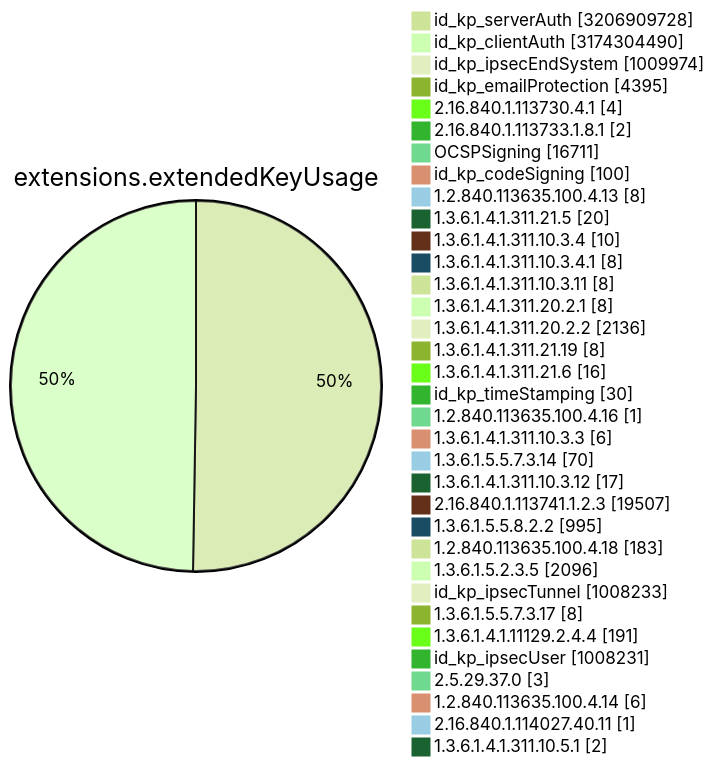
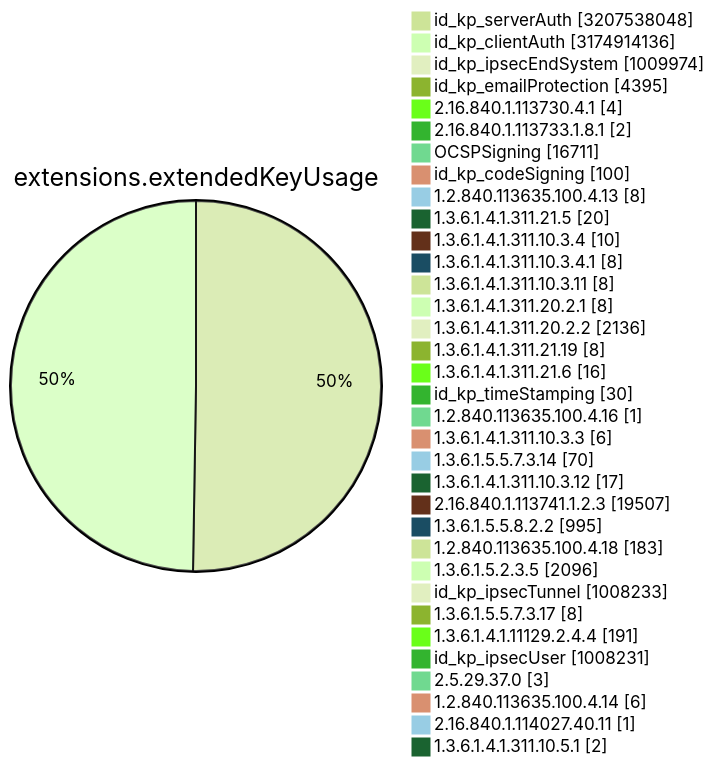
Before and after one commit to christiankrug/ctmonitor_visualization: diagram 11 of 15 in TOTAL/README.md, drawn with Mermaid (forest theme). The commit also changed other lines of this file, not shown here.

````diff
--- a/TOTAL/README.md
+++ b/TOTAL/README.md
@@ -4119,38 +4119,38 @@
 ```mermaid
 pie showData
 title extensions.extendedKeyUsage
-"id_kp_serverAuth" :3206909728
-"id_kp_clientAuth" :3174304490
+"id_kp_serverAuth" :3207538048
+"id_kp_clientAuth" :3174914136
 "id_kp_ipsecEndSystem" :1009974
 "id_kp_emailProtection" :4395
 "2.16.840.1.113730.4.1" :4
 "2.16.840.1.113733.1.8.1" :2
 "OCSPSigning" :16711
 "id_kp_codeSigning" :100
 "1.2.840.113635.100.4.13" :8
 "1.3.6.1.4.1.311.21.5" :20
 "1.3.6.1.4.1.311.10.3.4" :10
 "1.3.6.1.4.1.311.10.3.4.1" :8
 "1.3.6.1.4.1.311.10.3.11" :8
 "1.3.6.1.4.1.311.20.2.1" :8
 "1.3.6.1.4.1.311.20.2.2" :2136
 "1.3.6.1.4.1.311.21.19" :8
 "1.3.6.1.4.1.311.21.6" :16
 "id_kp_timeStamping" :30
 "1.2.840.113635.100.4.16" :1
 "1.3.6.1.4.1.311.10.3.3" :6
 "1.3.6.1.5.5.7.3.14" :70
 "1.3.6.1.4.1.311.10.3.12" :17
 "2.16.840.1.113741.1.2.3" :19507
 "1.3.6.1.5.5.8.2.2" :995
 "1.2.840.113635.100.4.18" :183
 "1.3.6.1.5.2.3.5" :2096
 "id_kp_ipsecTunnel" :1008233
 "1.3.6.1.5.5.7.3.17" :8
 "1.3.6.1.4.1.11129.2.4.4" :191
 "id_kp_ipsecUser" :1008231
 "2.5.29.37.0" :3
 "1.2.840.113635.100.4.14" :6
 "2.16.840.1.114027.40.11" :1
 "1.3.6.1.4.1.311.10.5.1" :2
 ```
````
